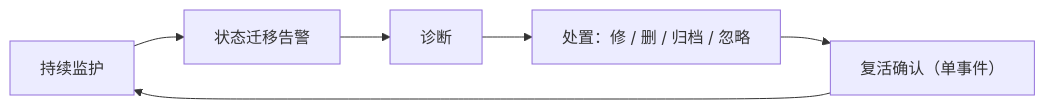
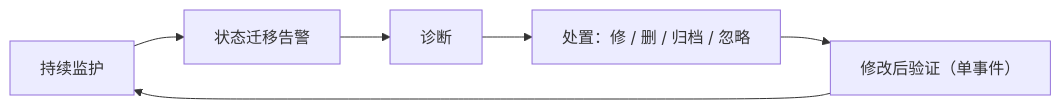
Before and after one commit to jieen1/flatline: the first of 3 diagrams in docs/flatline-system-design-v0_4.md, drawn with Mermaid. The commit also changed other lines of this file and 77 other files, not shown here.

````diff
--- a/docs/flatline-system-design-v0_4.md
+++ b/docs/flatline-system-design-v0_4.md
@@ -35,8 +35,8 @@
 ```mermaid
 flowchart LR
     W[持续监护] --> A[状态迁移告警]
     A --> D[诊断]
     D --> P[处置：修 / 删 / 归档 / 忽略]
-    P --> R[复活确认（单事件）]
+    P --> R[修改后验证（单事件）]
     R --> W
 ```
````
